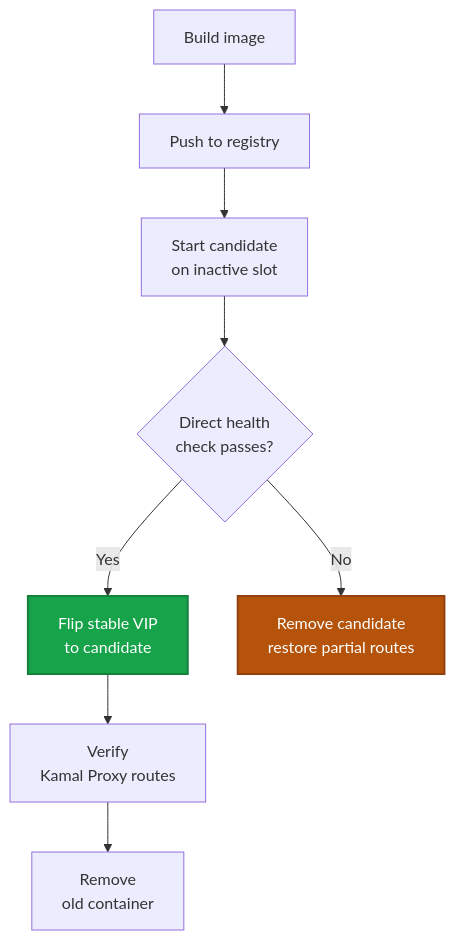
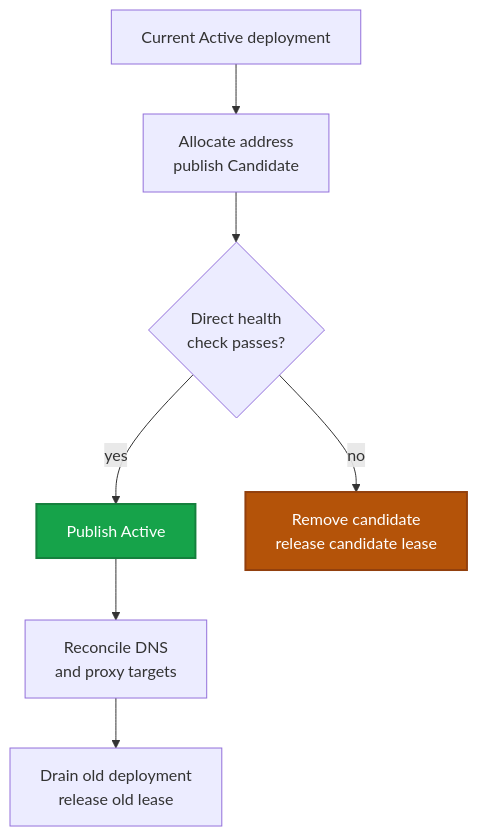
Before and after one commit to acidtib/jiji-website: the second of 3 diagrams in app/docs/getting-started/architecture/page.mdx, drawn with Mermaid. The commit also changed other lines of this file and 15 other files, not shown here.

First line of the commit message:
Refactor architecture to distributed agent-based model

````diff
--- a/app/docs/getting-started/architecture/page.mdx
+++ b/app/docs/getting-started/architecture/page.mdx
@@ -157,22 +78,22 @@
 ```mermaid
 flowchart TB
-  accTitle: Jiji deployment flow
-  accDescr: Jiji builds and pushes an image, starts a candidate, and checks its health. Healthy candidates receive the stable address before cleanup, while failed candidates are removed.
-  build["Build image"]
-  push["Push to registry"]
-  candidate["Start candidate<br/>on inactive slot"]
+  accTitle: Catalog-driven zero-downtime deployment
+  accDescr: A candidate receives a durable address, is health checked directly, becomes Active in the replicated catalog, and replaces the draining old deployment.
+
+  old["Current Active deployment"]
+  lease["Allocate address<br/>publish Candidate"]
   health{"Direct health<br/>check passes?"}
-  vip["Flip stable VIP<br/>to candidate"]
-  proxy["Verify<br/>Kamal Proxy routes"]
-  cleanup["Remove<br/>old container"]
-  rollback["Remove candidate<br/>restore partial routes"]
+  active["Publish Active"]
+  route["Reconcile DNS<br/>and proxy targets"]
+  drain["Drain old deployment<br/>release old lease"]
+  rollback["Remove candidate<br/>release candidate lease"]
 
-  build --> push --> candidate --> health
-  health -->|"Yes"| vip --> proxy --> cleanup
-  health -->|"No"| rollback
+  old --> lease --> health
+  health -->|"yes"| active --> route --> drain
+  health -->|"no"| rollback
 
   classDef success fill:#16a34a,color:#fff,stroke:#15803d,stroke-width:2px
   classDef failure fill:#b45309,color:#fff,stroke:#92400e,stroke-width:2px
-  class vip success
+  class active success
   class rollback failure
 ```
````
